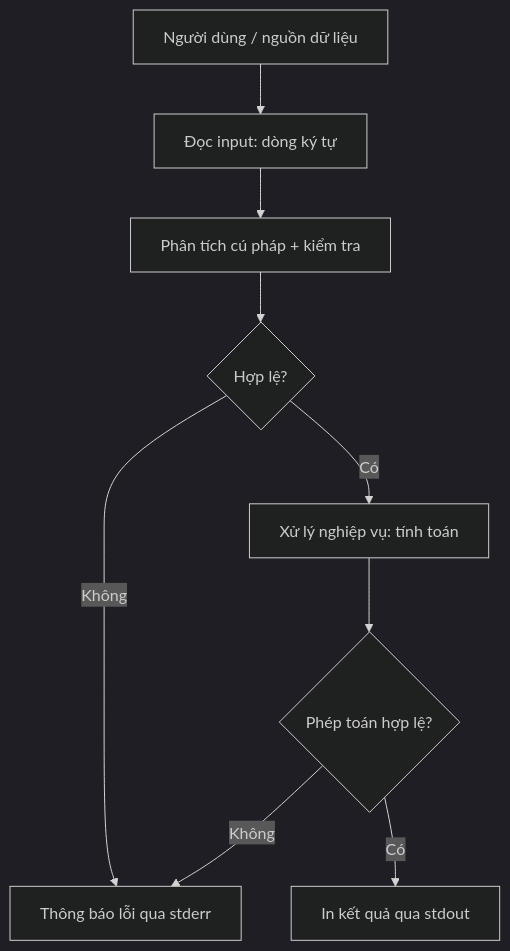
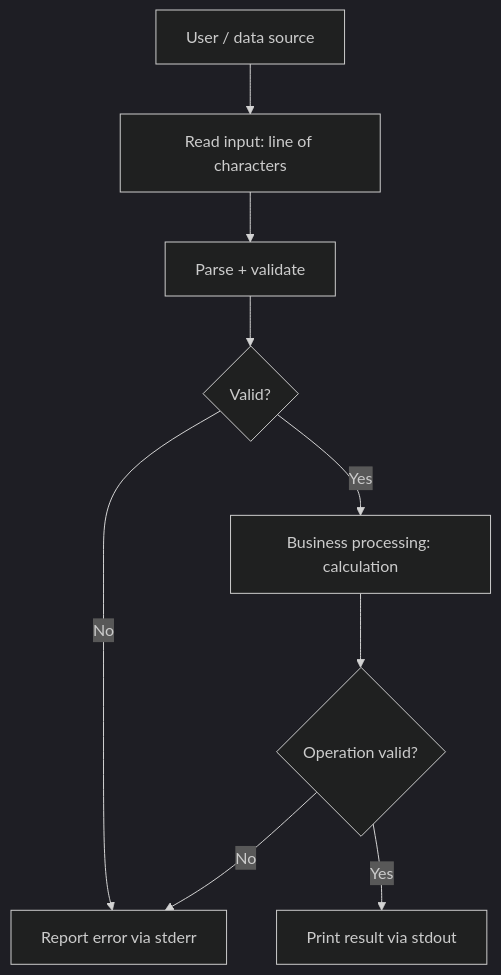
Before and after one commit to phuongnguyenit93/learning-platform-data: the diagram in module/platform/development/programming/language/java/core/language-basics/content/knowledge/en/1.language-overview/language-overview-006.md, drawn with Mermaid (dark theme). The commit also changed other lines of this file and 2307 other files, not shown here.

```diff
--- a/module/platform/development/programming/language/java/core/language-basics/content/knowledge/en/1.language-overview/language-overview-006.md
+++ b/module/platform/development/programming/language/java/core/language-basics/content/knowledge/en/1.language-overview/language-overview-006.md
@@ -18,11 +18,11 @@
 ~~~mermaid
 flowchart TD
-    A["Người dùng / nguồn dữ liệu"] --> B["Đọc input: dòng ký tự"]
-    B --> C["Phân tích cú pháp + kiểm tra"]
-    C --> D{"Hợp lệ?"}
-    D -->|Không| E["Thông báo lỗi qua stderr"]
-    D -->|Có| F["Xử lý nghiệp vụ: tính toán"]
-    F --> G{"Phép toán hợp lệ?"}
-    G -->|Không| E
-    G -->|Có| H["In kết quả qua stdout"]
+    A["User / data source"] --> B["Read input: line of characters"]
+    B --> C["Parse + validate"]
+    C --> D{"Valid?"}
+    D -->|No| E["Report error via stderr"]
+    D -->|Yes| F["Business processing: calculation"]
+    F --> G{"Operation valid?"}
+    G -->|No| E
+    G -->|Yes| H["Print result via stdout"]
 ~~~
```
